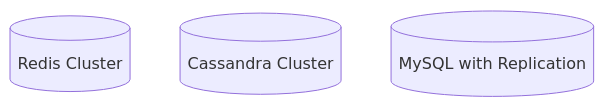
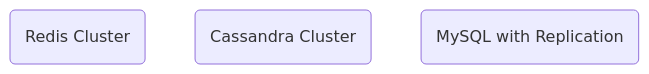
One commit to tungtv202/MyNote changed the third of 3 diagrams in ReviewBooks/ProJavaClusteringAndScalability.md. Above: the diagram before and after it, drawn with Mermaid. The commit also changed other lines of this file, not shown here.

````diff
--- a/ReviewBooks/ProJavaClusteringAndScalability.md
+++ b/ReviewBooks/ProJavaClusteringAndScalability.md
@@ -70,6 +78,7 @@
 ```mermaid
 graph TD
-Re[(Redis Cluster)]
-Ca[(Cassandra Cluster)]
-My[(MySQL with Replication)]
+Re(Redis Cluster)
+Ca(Cassandra Cluster)
+My(MySQL with Replication)
+
 ```
````
